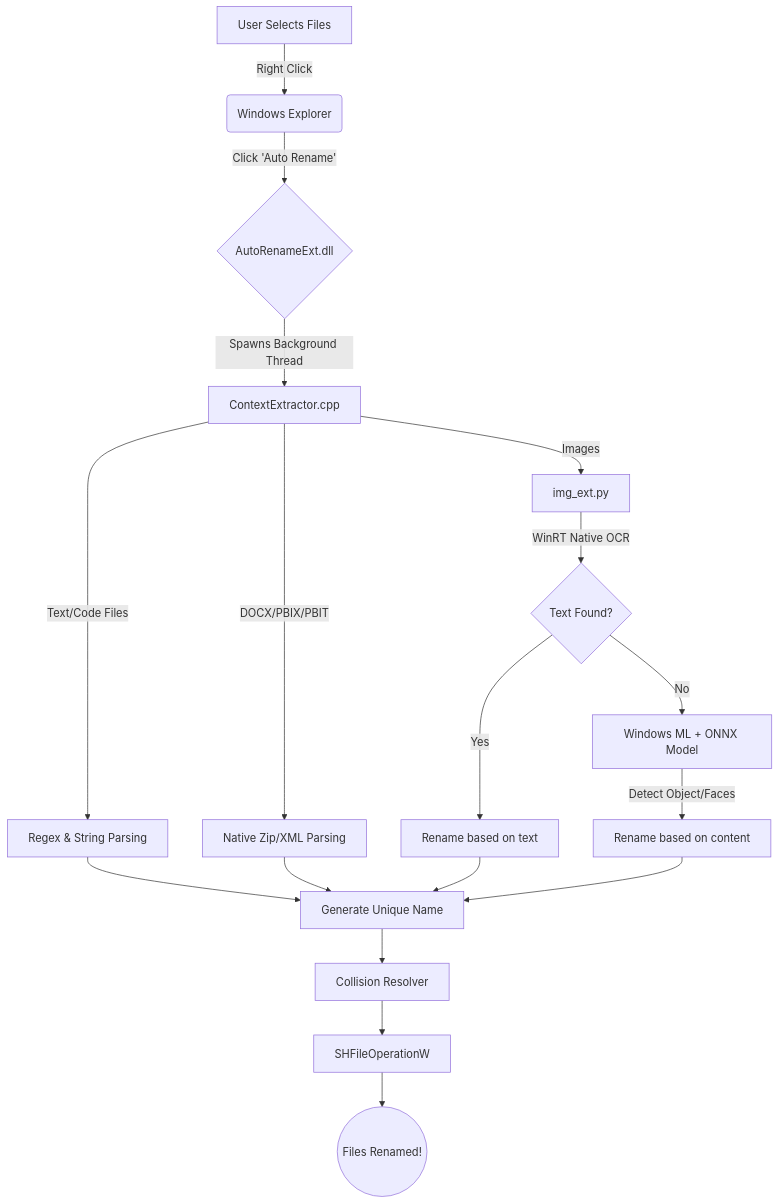
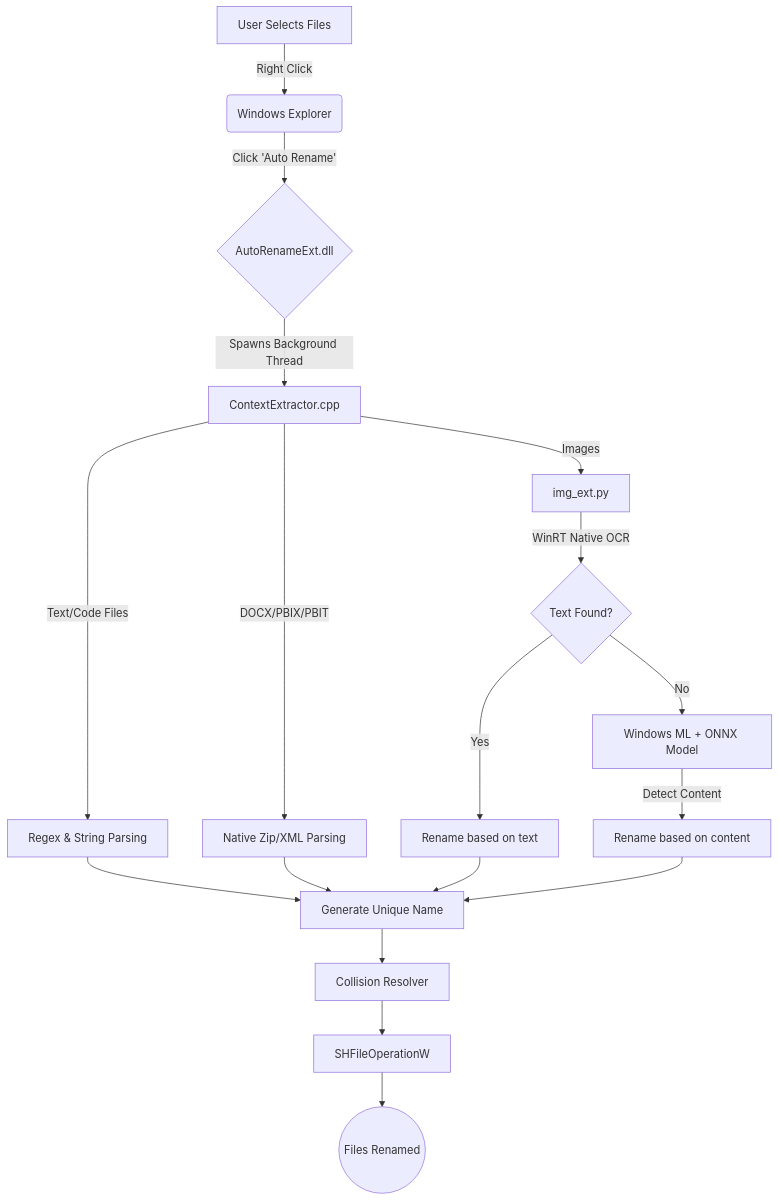
One commit to vishwajittidke/AutoFileRenameApp changed the diagram in README.md. Above: the diagram before and after it, drawn with Mermaid. The commit also changed other lines of this file, not shown here.

````diff
--- a/README.md
+++ b/README.md
@@ -33,24 +32,24 @@
 ```mermaid
 graph TD
     A[User Selects Files] -->|Right Click| B(Windows Explorer)
     B -->|Click 'Auto Rename'| C{AutoRenameExt.dll}
     C -->|Spawns Background Thread| D[ContextExtractor.cpp]
     
     D -->|Text/Code Files| E[Regex & String Parsing]
     D -->|DOCX/PBIX/PBIT| F[Native Zip/XML Parsing]
     D -->|Images| G[img_ext.py]
     
     G -->|WinRT Native OCR| H{Text Found?}
     H -->|Yes| I[Rename based on text]
     H -->|No| J[Windows ML + ONNX Model]
-    J -->|Detect Object/Faces| K[Rename based on content]
+    J -->|Detect Content| K[Rename based on content]
     
     E --> L[Generate Unique Name]
     F --> L
     I --> L
     K --> L
     
     L --> M[Collision Resolver]
     M --> N[SHFileOperationW]
-    N --> O((Files Renamed!))
+    N --> O((Files Renamed))
 ```
````
